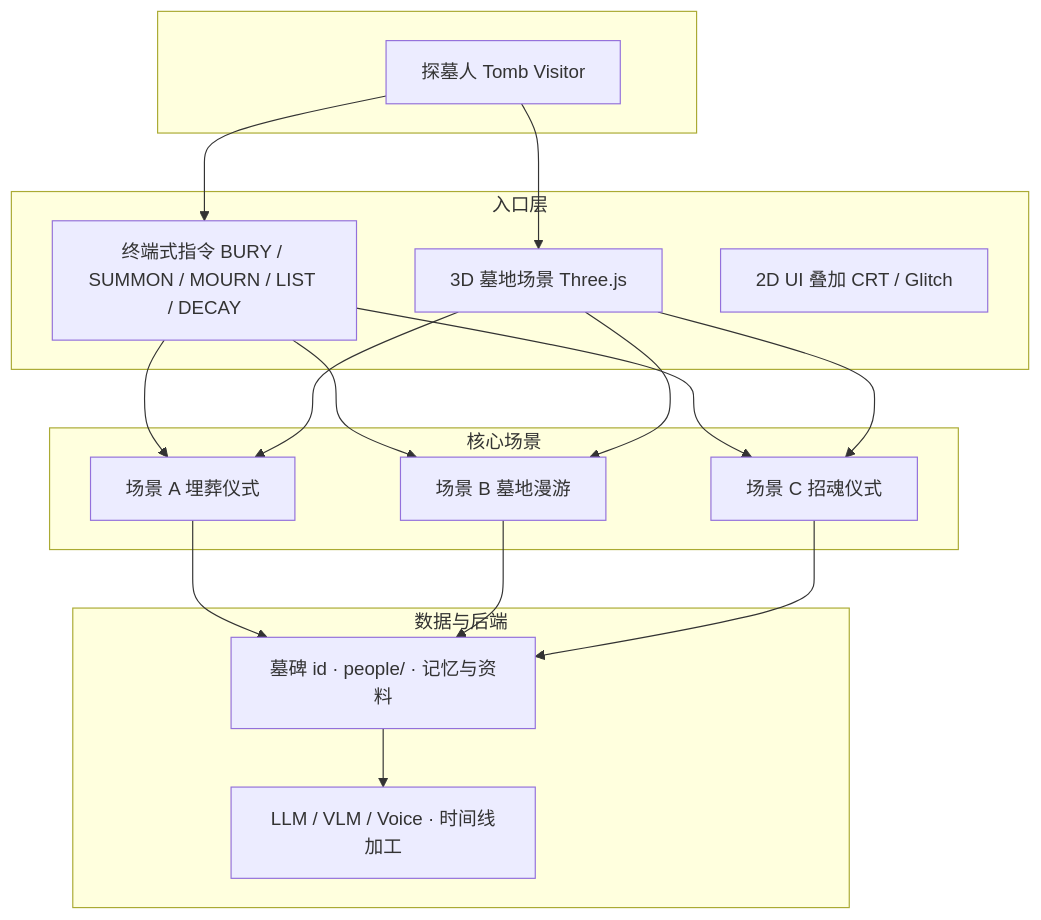
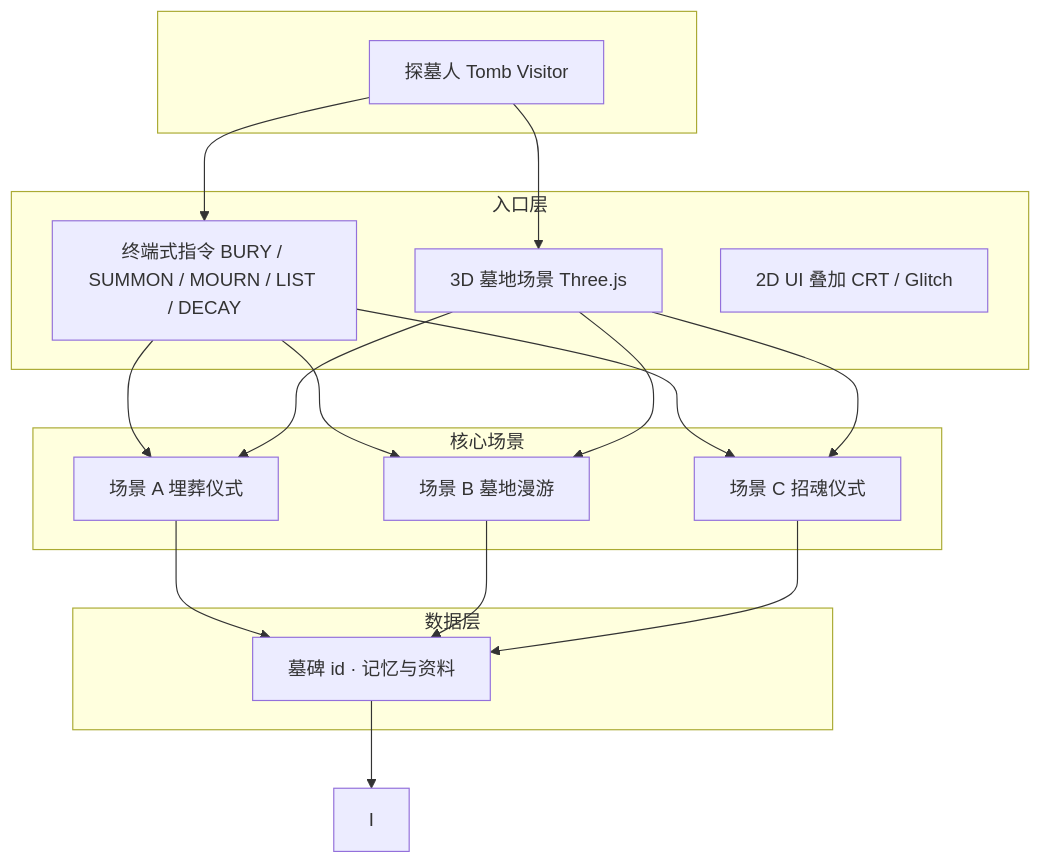
The first of 6 diagrams in docs/frontend/architecture.md (yangjingo/0xRIP), drawn with Mermaid before and after one commit. The commit also changed 29 other files, not shown here.

````diff
--- a/docs/frontend/architecture.md
+++ b/docs/frontend/architecture.md
@@ -39,36 +39,35 @@
 ```mermaid
 flowchart TB
     subgraph User[" "]
         A[探墓人 Tomb Visitor]
     end
 
     subgraph Entry["入口层"]
         B[终端式指令 BURY / SUMMON / MOURN / LIST / DECAY]
         C[3D 墓地场景 Three.js]
         D[2D UI 叠加 CRT / Glitch]
     end
 
     subgraph Scenes["核心场景"]
         E[场景 A 埋葬仪式]
         F[场景 B 墓地漫游]
         G[场景 C 招魂仪式]
     end
 
-    subgraph Backend["数据与后端"]
-        H[墓碑 id · people/ · 记忆与资料]
-        I[LLM / VLM / Voice · 时间线加工]
+    subgraph Data["数据层"]
+        H[墓碑 id · 记忆与资料]
     end
 
     A --> B
     A --> C
     B --> E
     B --> F
     B --> G
     C --> E
     C --> F
     C --> G
     E --> H
     F --> H
     G --> H
     H --> I
 ```
````
